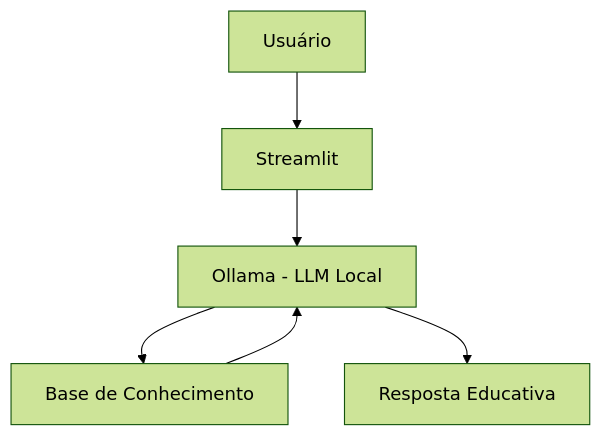
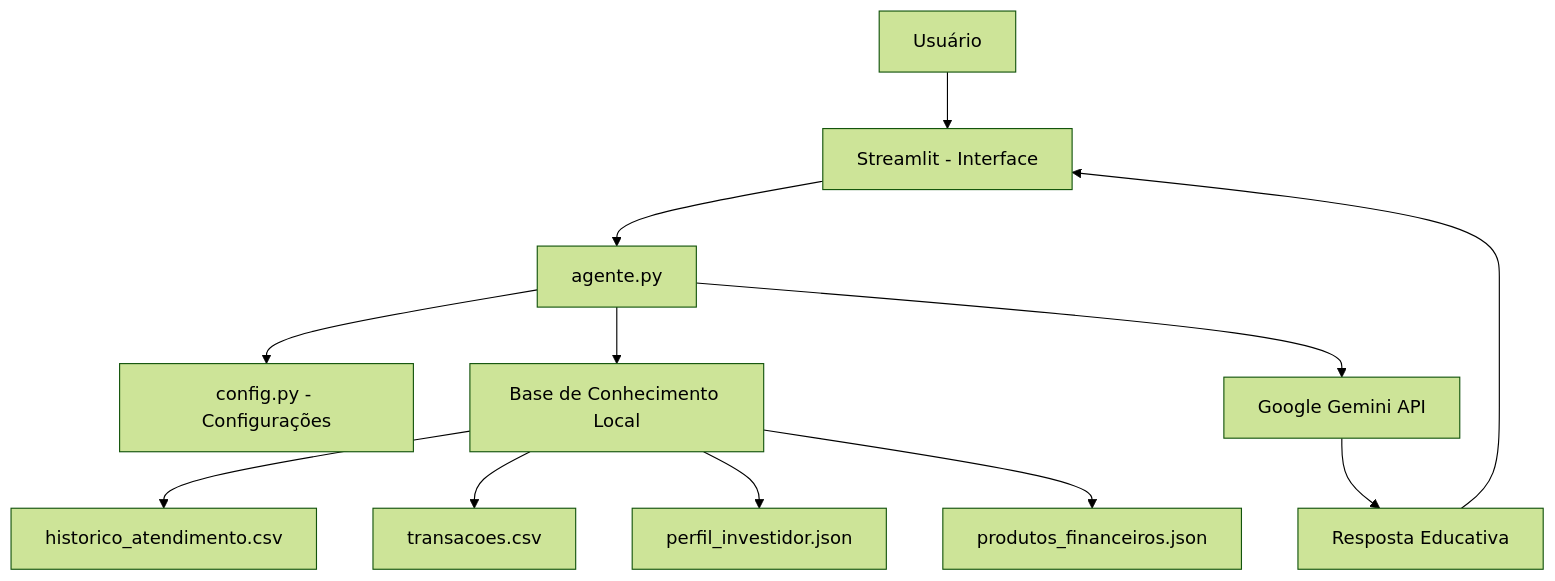
One commit to ricardho/dio-lab-bia-do-futuro changed the diagram in README.md. Above: the diagram before and after it, drawn with Mermaid (forest theme). The commit also changed other lines of this file, not shown here.

Commit message:
docs: atualiza README com migracao do Ollama para Gemini

````diff
--- a/README.md
+++ b/README.md
@@ -22,8 +41,14 @@
 ```mermaid
 flowchart TD
-    A[Usuário] --> B[Streamlit]
-    B --> C[Ollama - LLM Local]
-    C --> D[Base de Conhecimento]
-    D --> C
-    C --> E[Resposta Educativa]
+    A[Usuário] --> B[Streamlit - Interface]
+    B --> C[agente.py]
+    C --> D[config.py - Configurações]
+    C --> E[Base de Conhecimento Local]
+    E --> E1[historico_atendimento.csv]
+    E --> E2[transacoes.csv]
+    E --> E3[perfil_investidor.json]
+    E --> E4[produtos_financeiros.json]
+    C --> F[Google Gemini API]
+    F --> G[Resposta Educativa]
+    G --> B
 ```
````
